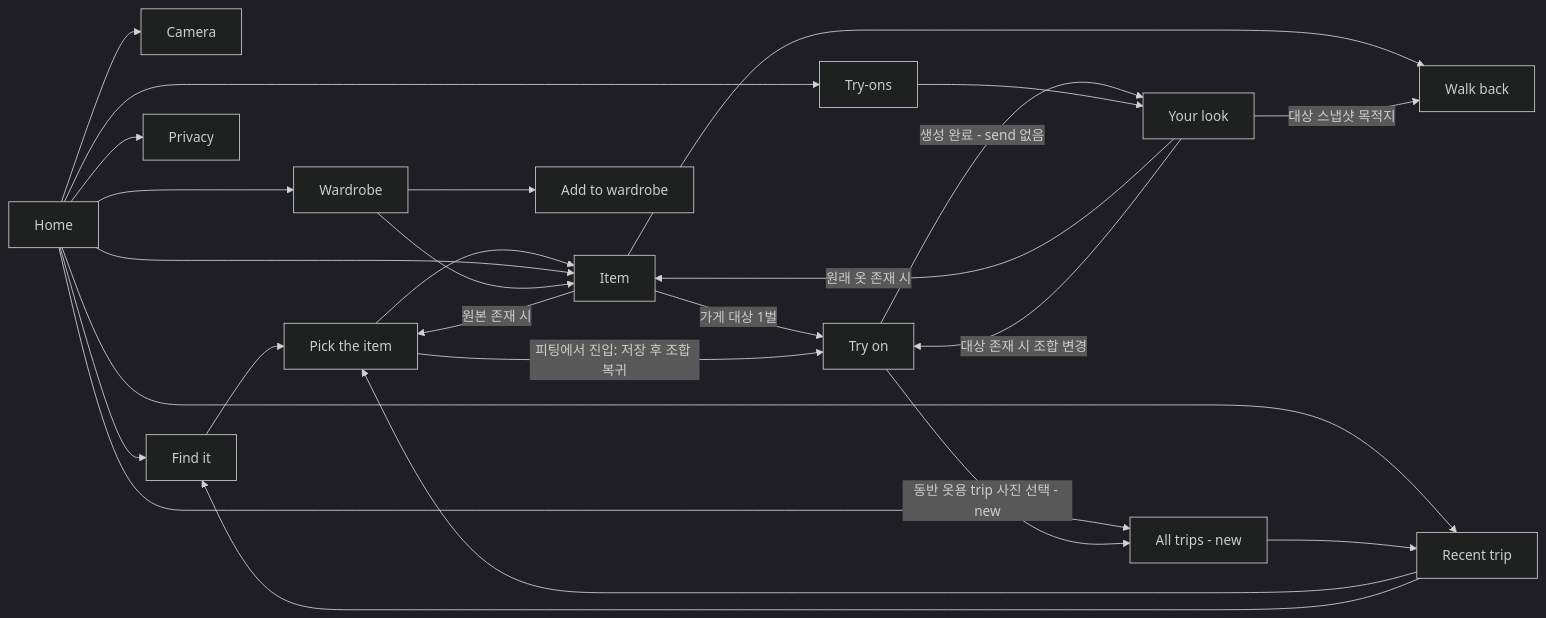
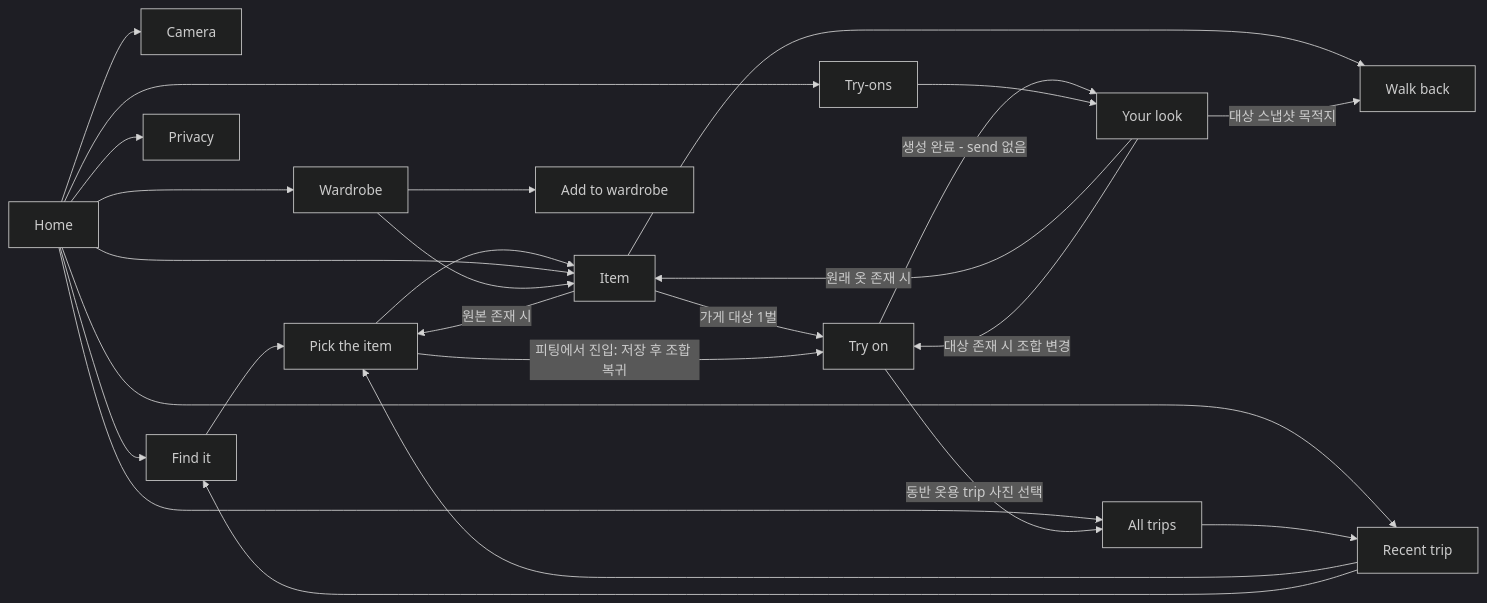
Before and after one commit to kjhh2605/Ibo: the diagram in docs/prd/ux/navigation.md, drawn with Mermaid (dark theme). The commit also changed other lines of this file and 117 other files, not shown here.

First line of the commit message:
Reflect R3–R9 decisions in prototype and add screen flow catalog

````diff
--- a/docs/prd/ux/navigation.md
+++ b/docs/prd/ux/navigation.md
@@ -18,35 +18,35 @@
 ```mermaid
 flowchart LR
   Home --> Camera
   Home --> Ask[Find it] --> Pick[Pick the item] --> Item
   Home --> Trip[Recent trip]
-  Home --> Trips[All trips - new]
+  Home --> Trips[All trips]
   Trips --> Trip --> Pick
   Trip --> Ask
   Home --> Item
   Item -->|원본 존재 시| Pick
   Item -->|가게 대상 1벌| Outfit[Try on]
   Outfit -->|생성 완료 - send 없음| Result[Your look]
-  Outfit -->|동반 옷용 trip 사진 선택 - new| Trips
+  Outfit -->|동반 옷용 trip 사진 선택| Trips
   Pick -->|피팅에서 진입: 저장 후 조합 복귀| Outfit
   Item --> Walk[Walk back]
   Result -->|대상 스냅샷 목적지| Walk
   Result -->|원래 옷 존재 시| Item
   Result -->|대상 존재 시 조합 변경| Outfit
   Home --> Wardrobe --> WPick[Add to wardrobe]
   Wardrobe --> Item
   Home --> Results[Try-ons] --> Result
   Home --> Privacy
   click Camera "capture.md#f-02-옷-사진-촬영"
   click Ask "search.md#f-06-에이전트-사진-검색"
   click Pick "search.md#f-08-옷-후보-선택"
   click Item "tryon.md#f-09-저장한-옷과-옷-상세"
   click Trip "capture.md#f-05-trip-화면에-가게-정보-통합"
   click Walk "walk.md#f-15-매장까지-도보-길-안내"
   click Outfit "tryon.md#f-11-피팅할-옷-조합-선택"
   click Result "tryon.md#f-13-피팅-결과"
   click Wardrobe "tryon.md#f-10-옷장"
   click WPick "tryon.md#f-10-옷장"
   click Results "tryon.md#f-14-피팅-기록"
   click Privacy "tryon.md#f-16-개인정보-안내"
 ```
````
